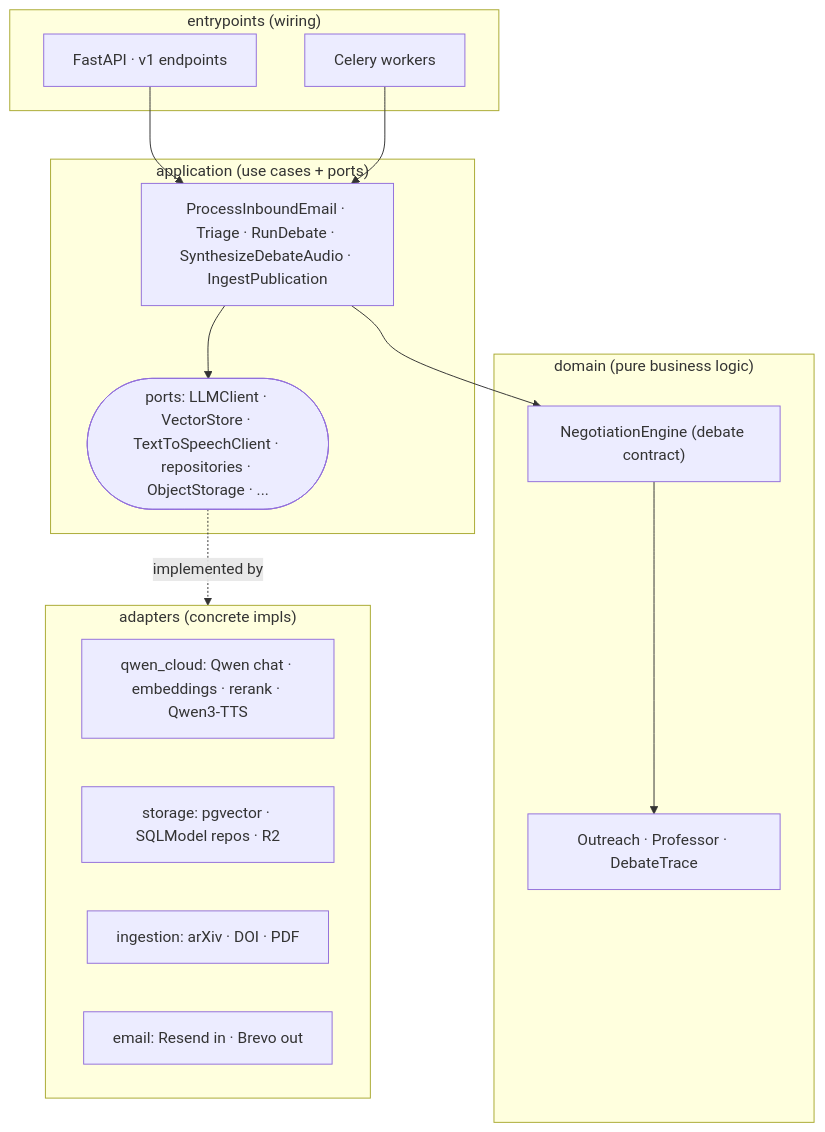
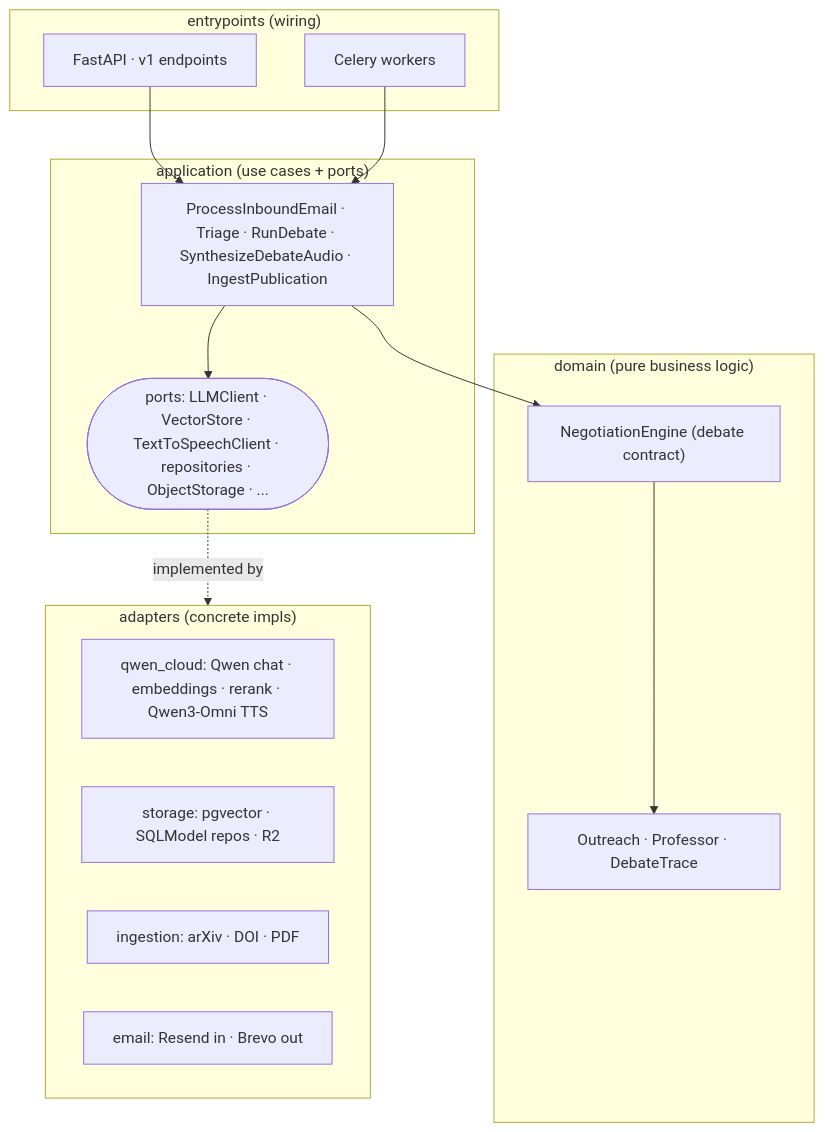
The second of 3 diagrams in README.md (olamideba/parallax), drawn with Mermaid before and after one commit. The commit also changed other lines of this file, not shown here.

````diff
--- a/README.md
+++ b/README.md
@@ -82,28 +82,28 @@
 ```mermaid
 flowchart TD
     subgraph entry["entrypoints (wiring)"]
         API["FastAPI · v1 endpoints"]
         WORK["Celery workers"]
     end
     subgraph app["application (use cases + ports)"]
         UC["ProcessInboundEmail · Triage · RunDebate · SynthesizeDebateAudio · IngestPublication"]
         PORTS(["ports: LLMClient · VectorStore · TextToSpeechClient · repositories · ObjectStorage · ..."])
     end
     subgraph domain["domain (pure business logic)"]
         NE["NegotiationEngine (debate contract)"]
         MODELS["Outreach · Professor · DebateTrace"]
     end
     subgraph adapters["adapters (concrete impls)"]
-        QWEN["qwen_cloud: Qwen chat · embeddings · rerank · Qwen3-TTS"]
+        QWEN["qwen_cloud: Qwen chat · embeddings · rerank · Qwen3-Omni TTS"]
         STORE["storage: pgvector · SQLModel repos · R2"]
         INGEST["ingestion: arXiv · DOI · PDF"]
         EMAIL["email: Resend in · Brevo out"]
     end
 
     API --> UC
     WORK --> UC
     UC --> PORTS
     UC --> NE
     NE --> MODELS
     PORTS -.implemented by.-> adapters
 ```
````
